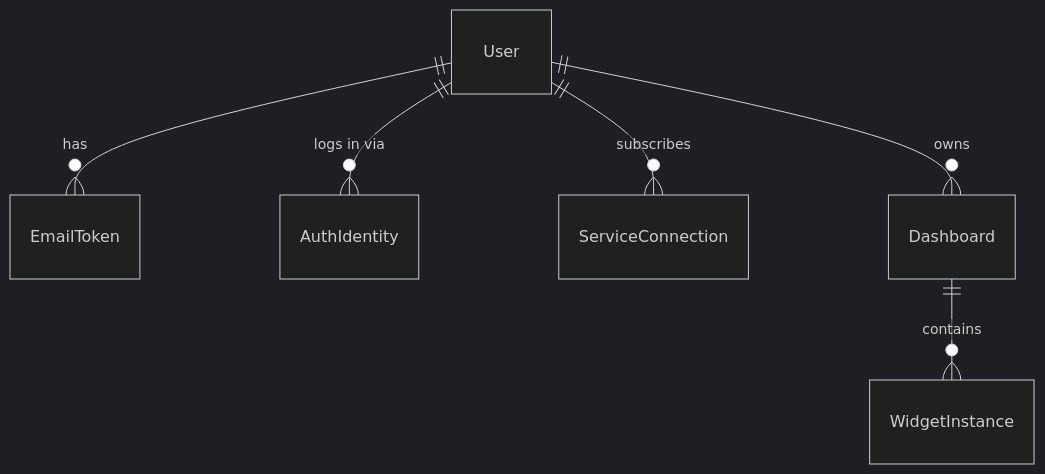
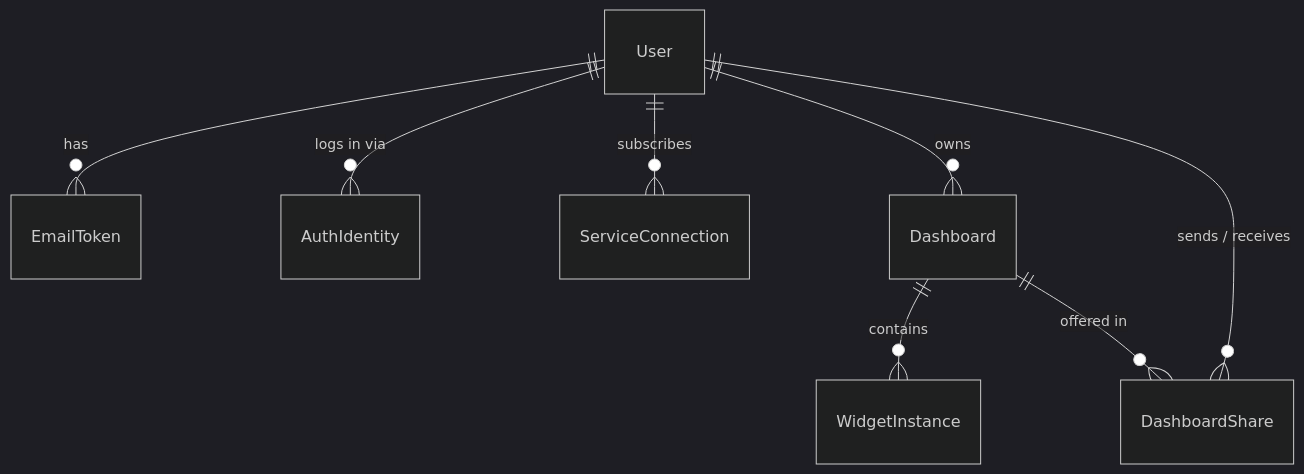
Before and after one commit to tekClovis/DashBoard: the second of 3 diagrams in docs/Architecture.md, drawn with Mermaid (dark theme). The commit also changed other lines of this file and 19 other files, not shown here.

Commit message:
[C.NE][big-dashboard-share] feat: share a dashboard and add incoming shares as personal copies

````diff
--- a/docs/Architecture.md
+++ b/docs/Architecture.md
@@ -143,8 +143,10 @@
 ```mermaid
 erDiagram
   User ||--o{ EmailToken : has
   User ||--o{ AuthIdentity : "logs in via"
   User ||--o{ ServiceConnection : "subscribes"
   User ||--o{ Dashboard : owns
   Dashboard ||--o{ WidgetInstance : contains
+  Dashboard ||--o{ DashboardShare : "offered in"
+  User ||--o{ DashboardShare : "sends / receives"
 ```
````
